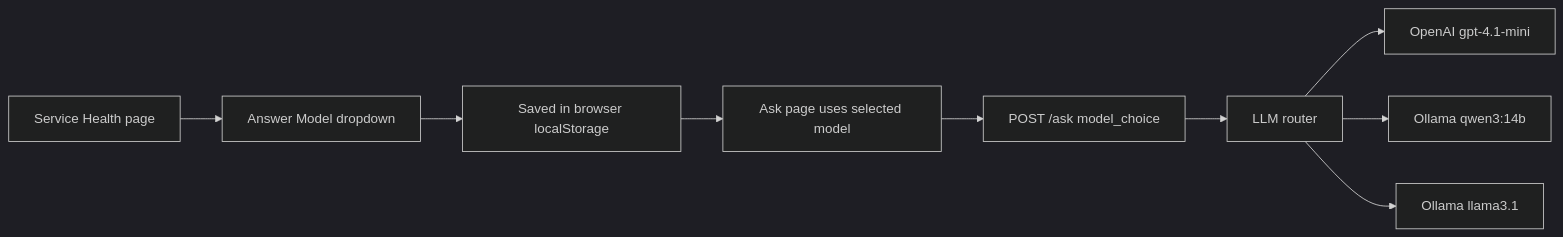
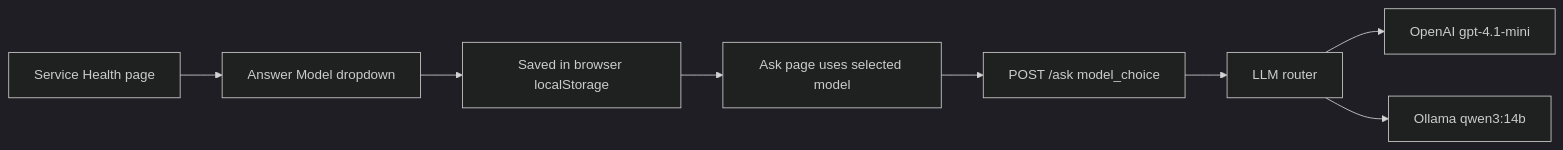
Before and after one commit to vrize-poc-demo/evidence-alpha: the fifth of 6 diagrams in docs/ARCHITECTURE.md, drawn with Mermaid (dark theme). The commit also changed other lines of this file and 21 other files, not shown here.

````diff
--- a/docs/ARCHITECTURE.md
+++ b/docs/ARCHITECTURE.md
@@ -99,11 +99,10 @@
 ```mermaid
 flowchart LR
     Health["Service Health page"] --> Choice["Answer Model dropdown"]
     Choice --> LocalStorage["Saved in browser localStorage"]
     LocalStorage --> Ask["Ask page uses selected model"]
     Ask --> Backend["POST /ask model_choice"]
     Backend --> Router["LLM router"]
     Router --> GPT["OpenAI gpt-4.1-mini"]
     Router --> Qwen["Ollama qwen3:14b"]
-    Router --> Llama["Ollama llama3.1"]
 ```
````
